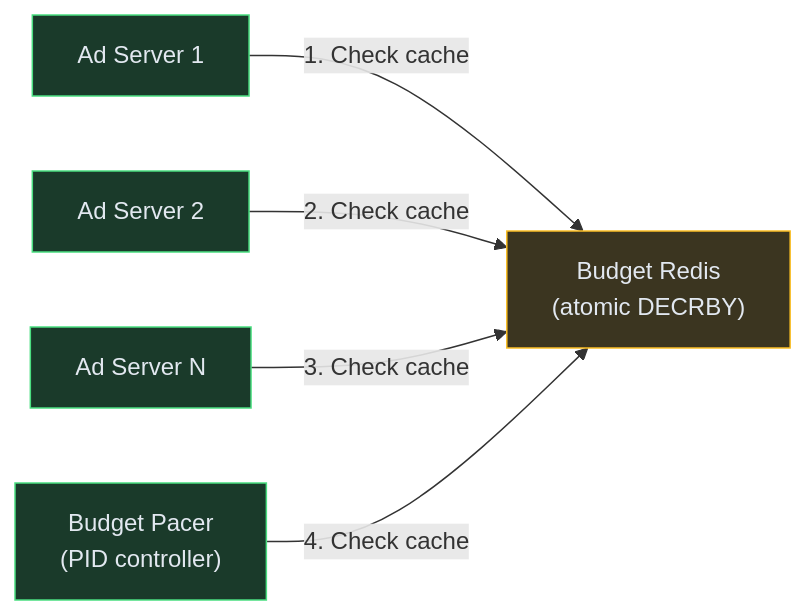
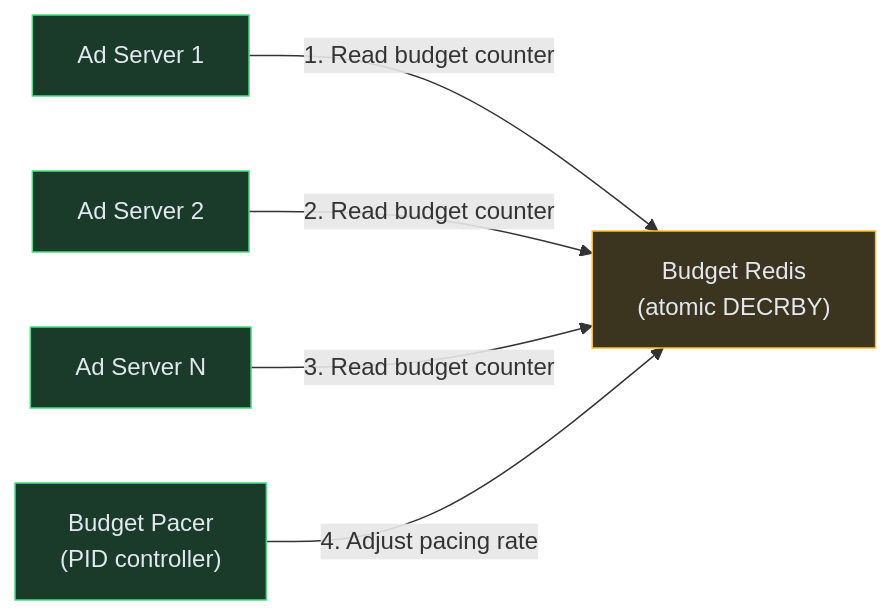
One commit to iluzn/HLD-Designs changed the fourth of 6 diagrams in content/hld/AdSystem.md. Above: the diagram before and after it, drawn with Mermaid. The commit also changed other lines of this file and 27 other files, not shown here.

````diff
--- a/content/hld/AdSystem.md
+++ b/content/hld/AdSystem.md
@@ -234,16 +234,16 @@
 ```mermaid
 flowchart LR
     ADSERV1["Ad Server 1"]:::service
     ADSERV2["Ad Server 2"]:::service
     ADSERV3["Ad Server N"]:::service
     REDIS["Budget Redis<br/>(atomic DECRBY)"]:::data
     PACER["Budget Pacer<br/>(PID controller)"]:::service
 
-    ADSERV1 -->|"1. Check cache"| REDIS
-    ADSERV2 -->|"2. Check cache"| REDIS
-    ADSERV3 -->|"3. Check cache"| REDIS
-    PACER -->|"4. Check cache"| REDIS
+    ADSERV1 -->|"1. Read budget counter"| REDIS
+    ADSERV2 -->|"2. Read budget counter"| REDIS
+    ADSERV3 -->|"3. Read budget counter"| REDIS
+    PACER -->|"4. Adjust pacing rate"| REDIS
 
     classDef service fill:#1a3a2a,stroke:#4ade80,color:#e2e8f0
     classDef data fill:#3b3520,stroke:#fbbf24,color:#e2e8f0
 ```
````
